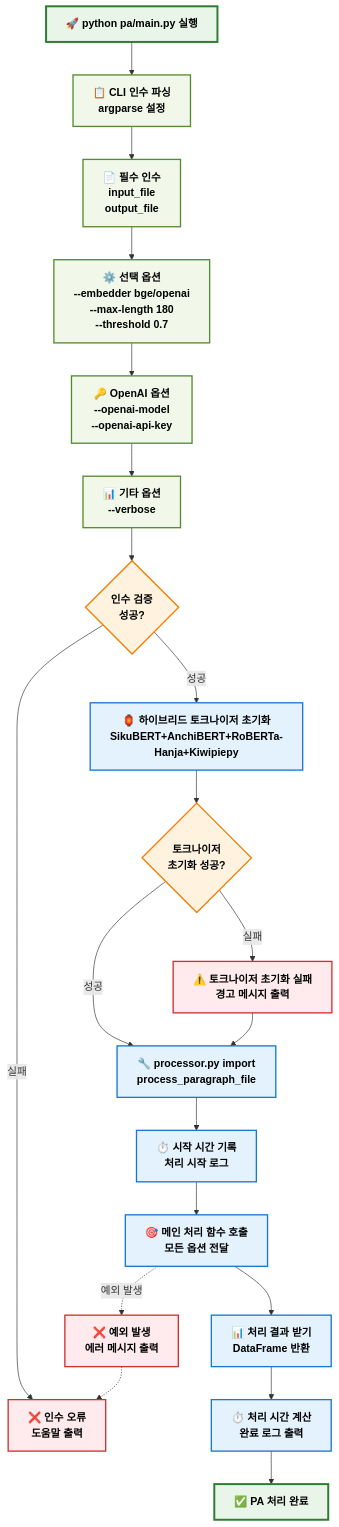
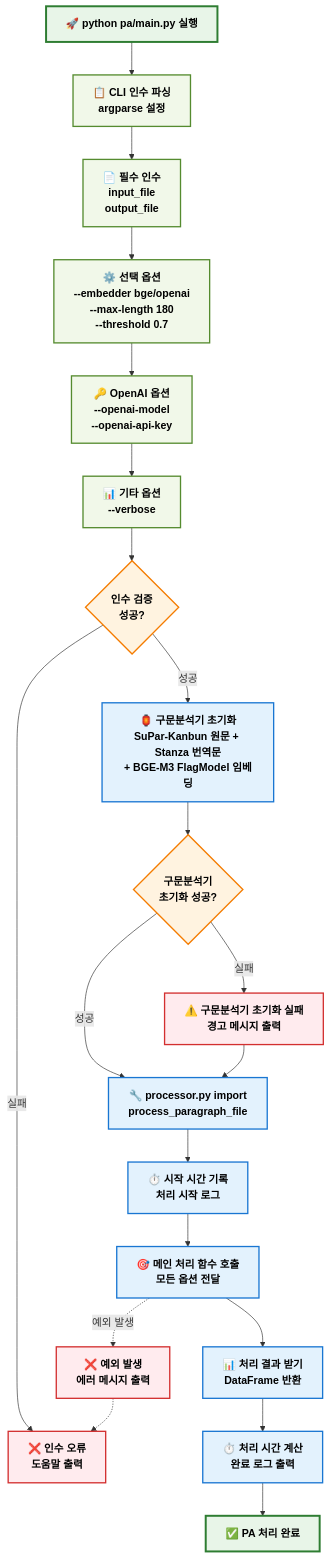
Before and after one commit to hw725/CSP: the second of 6 diagrams in etc/PA_디렉토리_플로우차트.md, drawn with Mermaid. The commit also changed other lines of this file and 439 other files, not shown here.

````diff
--- a/etc/PA_디렉토리_플로우차트.md
+++ b/etc/PA_디렉토리_플로우차트.md
@@ -60,61 +63,61 @@
 ```mermaid
 flowchart TD
     %% 스타일 정의
     classDef startEnd fill:#e8f5e8,stroke:#2e7d32,stroke-width:3px,color:#000,font-weight:bold
     classDef process fill:#e3f2fd,stroke:#1976d2,stroke-width:2px,color:#000,font-weight:bold
     classDef decision fill:#fff3e0,stroke:#f57c00,stroke-width:2px,color:#000,font-weight:bold
     classDef cli fill:#f1f8e9,stroke:#558b2f,stroke-width:2px,color:#000,font-weight:bold
     classDef error fill:#ffebee,stroke:#d32f2f,stroke-width:2px,color:#000,font-weight:bold
     
     A[🚀 python pa/main.py 실행]:::startEnd
     B[📋 CLI 인수 파싱<br/>argparse 설정]:::cli
     
     %% CLI 옵션들
     C[📄 필수 인수<br/>input_file<br/>output_file]:::cli
     D[⚙️ 선택 옵션<br/>--embedder bge/openai<br/>--max-length 180<br/>--threshold 0.7]:::cli
     E[🔑 OpenAI 옵션<br/>--openai-model<br/>--openai-api-key]:::cli
     F[📊 기타 옵션<br/>--verbose]:::cli
     
     %% 검증 단계
     G{인수 검증<br/>성공?}:::decision
     H[❌ 인수 오류<br/>도움말 출력]:::error
     
-    %% 🆕 하이브리드 토크나이저 초기화
-    HT[🏮 하이브리드 토크나이저 초기화<br/>SikuBERT+AnchiBERT+RoBERTa-Hanja+Kiwipiepy]:::process
-    HT2{토크나이저<br/>초기화 성공?}:::decision
-    HT3[⚠️ 토크나이저 초기화 실패<br/>경고 메시지 출력]:::error
+    %% 🆕 구문분석기 초기화
+    HT[🏮 구문분석기 초기화<br/>SuPar-Kanbun 원문 + Stanza 번역문<br/>+ BGE-M3 FlagModel 임베딩]:::process
+    HT2{구문분석기<br/>초기화 성공?}:::decision
+    HT3[⚠️ 구문분석기 초기화 실패<br/>경고 메시지 출력]:::error
     
     %% 처리 시작
     I[🔧 processor.py import<br/>process_paragraph_file]:::process
     J[⏱️ 시작 시간 기록<br/>처리 시작 로그]:::process
     K[🎯 메인 처리 함수 호출<br/>모든 옵션 전달]:::process
     
     %% 결과 처리
     L[📊 처리 결과 받기<br/>DataFrame 반환]:::process
     M[⏱️ 처리 시간 계산<br/>완료 로그 출력]:::process
     N[✅ PA 처리 완료]:::startEnd
     
     %% 오류 처리
     O[❌ 예외 발생<br/>에러 메시지 출력]:::error
     
     A --> B
     B --> C
     C --> D
     D --> E
     E --> F
     F --> G
     G -->|실패| H
     G -->|성공| HT
     HT --> HT2
     HT2 -->|실패| HT3
     HT2 -->|성공| I
     HT3 --> I
     I --> J
     J --> K
     K --> L
     L --> M
     M --> N
     
     K -.->|예외 발생| O
     O -.-> H
 ```
````
